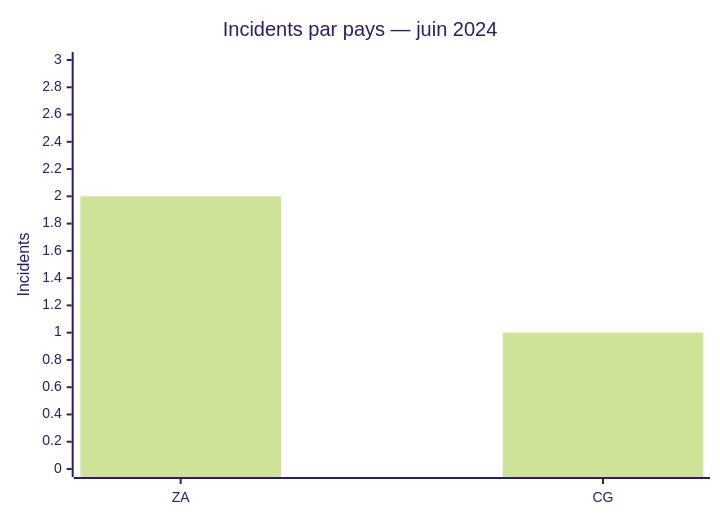
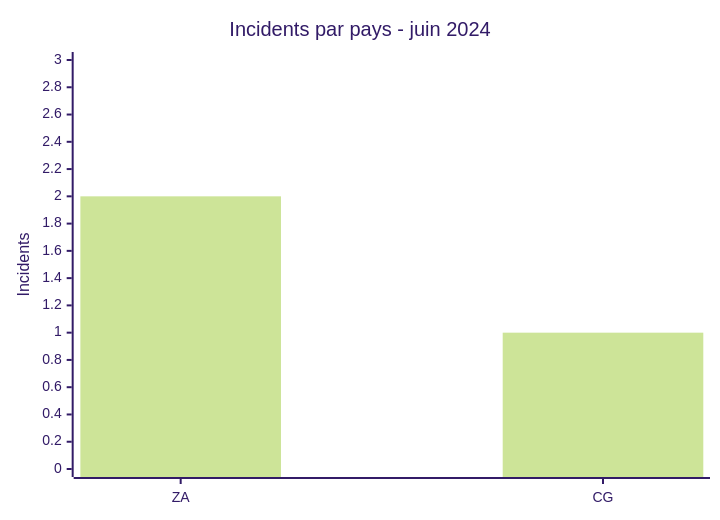
One commit to Hatchepsoute/AFRINTEL changed the first of 2 diagrams in CyberAttackAfrica/2024/06-june/README_FR.md. Above: the diagram before and after it, drawn with Mermaid (forest theme). The commit also changed other lines of this file and 182 other files, not shown here.

````diff
--- a/CyberAttackAfrica/2024/06-june/README_FR.md
+++ b/CyberAttackAfrica/2024/06-june/README_FR.md
@@ -40,7 +40,7 @@
 ```mermaid
 xychart
-    title "Incidents par pays — juin 2024"
+    title "Incidents par pays - juin 2024"
     x-axis ["ZA","CG"]
     y-axis "Incidents" 0 --> 3
     bar [2,1]
 ```
````
